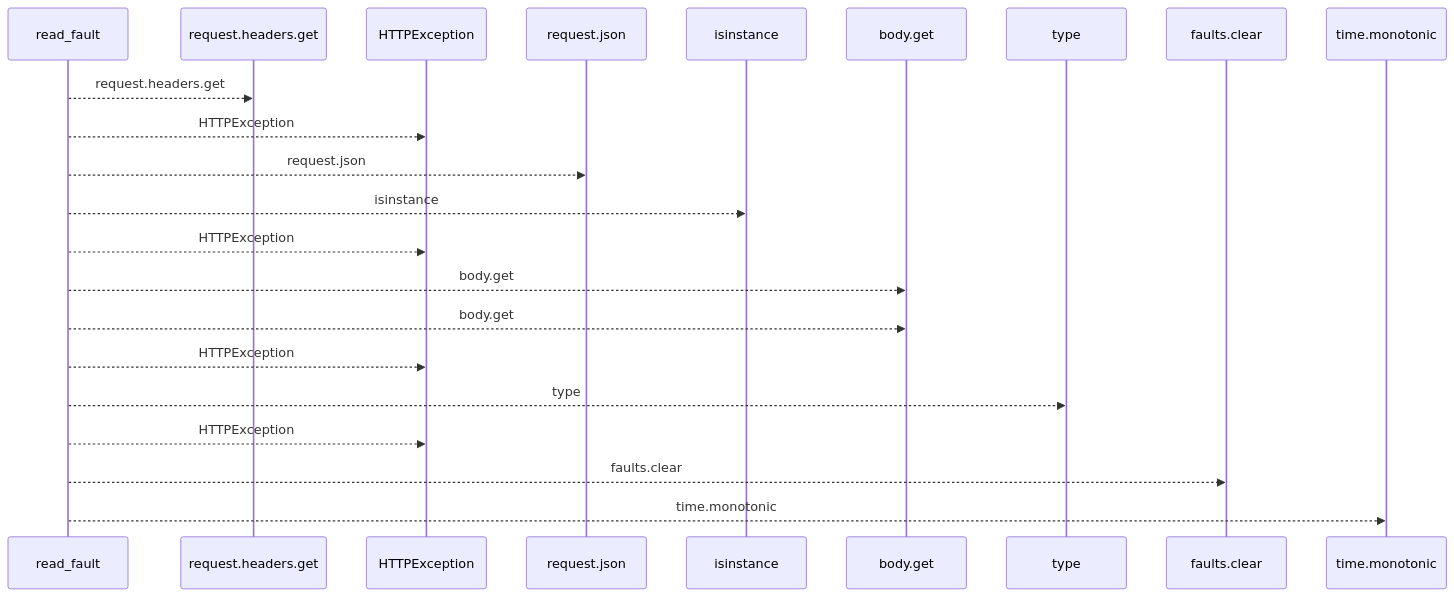
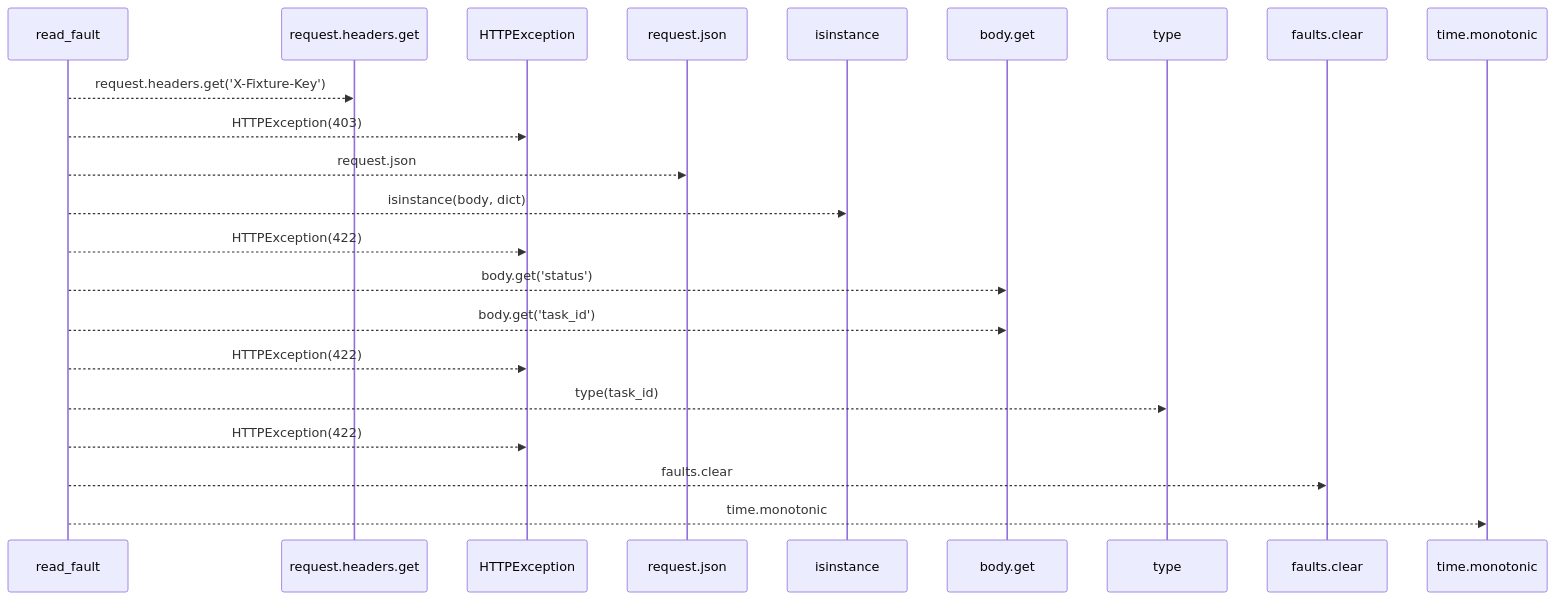
The first of 2 diagrams in docs/llm_wiki/flows/http-read_fault.md (Denissvgn/WorkChord), drawn with Mermaid before and after one commit. The commit also changed other lines of this file and 25171 other files, not shown here.

````diff
--- a/docs/llm_wiki/flows/http-read_fault.md
+++ b/docs/llm_wiki/flows/http-read_fault.md
@@ -10,24 +12,24 @@
 ```mermaid
 sequenceDiagram
     participant p0 as read_fault
     participant p1 as request.headers.get
     participant p2 as HTTPException
     participant p3 as request.json
     participant p4 as isinstance
     participant p5 as body.get
     participant p6 as type
     participant p7 as faults.clear
     participant p8 as time.monotonic
-    p0-->>p1: request.headers.get
-    p0-->>p2: HTTPException
+    p0-->>p1: request.headers.get('X-Fixture-Key')
+    p0-->>p2: HTTPException(403)
     p0-->>p3: request.json
-    p0-->>p4: isinstance
-    p0-->>p2: HTTPException
-    p0-->>p5: body.get
-    p0-->>p5: body.get
-    p0-->>p2: HTTPException
-    p0-->>p6: type
-    p0-->>p2: HTTPException
+    p0-->>p4: isinstance(body, dict)
+    p0-->>p2: HTTPException(422)
+    p0-->>p5: body.get('status')
+    p0-->>p5: body.get('task_id')
+    p0-->>p2: HTTPException(422)
+    p0-->>p6: type(task_id)
+    p0-->>p2: HTTPException(422)
     p0-->>p7: faults.clear
     p0-->>p8: time.monotonic
 ```
````
